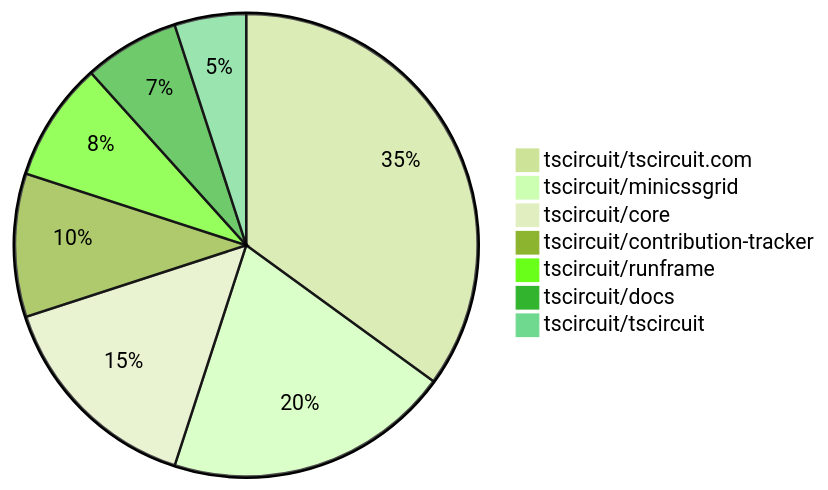
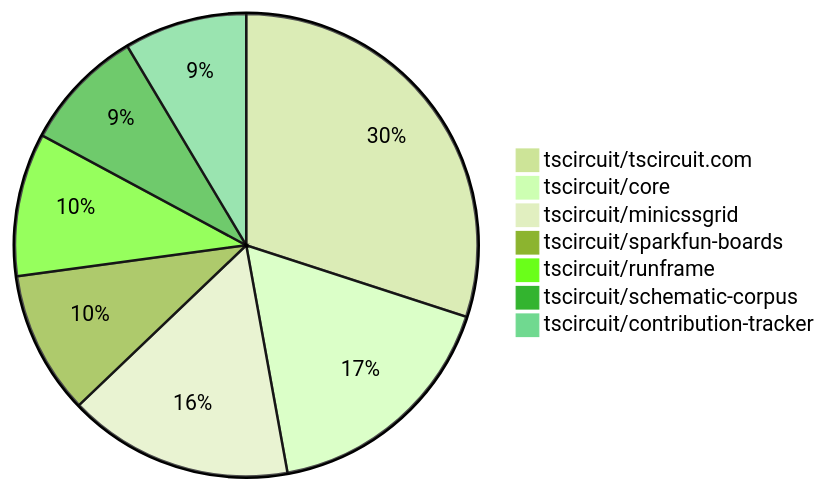
Before and after one commit to tscircuit/contribution-tracker: the second of 2 diagrams in README.md, drawn with Mermaid (forest theme). The commit also changed other lines of this file and 3 other files, not shown here.

````diff
--- a/README.md
+++ b/README.md
@@ -97,10 +109,10 @@
 ```mermaid
 pie
     "tscircuit/tscircuit.com" : 21
-    "tscircuit/minicssgrid" : 12
-    "tscircuit/core" : 9
+    "tscircuit/core" : 12
+    "tscircuit/minicssgrid" : 11
+    "tscircuit/sparkfun-boards" : 7
+    "tscircuit/runframe" : 7
+    "tscircuit/schematic-corpus" : 6
     "tscircuit/contribution-tracker" : 6
-    "tscircuit/runframe" : 5
-    "tscircuit/docs" : 4
-    "tscircuit/tscircuit" : 3
 ```
````
